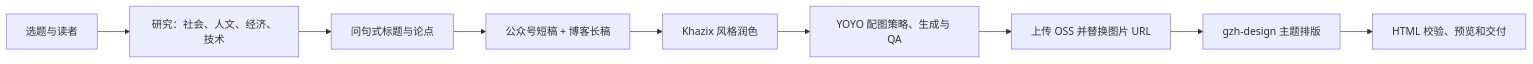
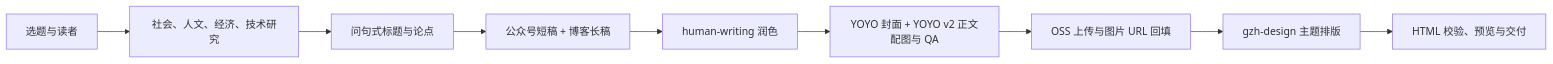
Before and after one commit to jackyoung022/yoyo-gzh-workflow: the diagram in README.md, drawn with Mermaid. The commit also changed other lines of this file and 28 other files, not shown here.

````diff
--- a/README.md
+++ b/README.md
@@ -19,11 +31,11 @@
 ```mermaid
 flowchart LR
-  A[选题与读者] --> B[研究：社会、人文、经济、技术]
+  A[选题与读者] --> B[社会、人文、经济、技术研究]
   B --> C[问句式标题与论点]
   C --> D[公众号短稿 + 博客长稿]
-  D --> E[Khazix 风格润色]
-  E --> F[YOYO 配图策略、生成与 QA]
-  F --> G[上传 OSS 并替换图片 URL]
+  D --> E[human-writing 润色]
+  E --> F[YOYO 封面 + YOYO v2 正文配图与 QA]
+  F --> G[OSS 上传与图片 URL 回填]
   G --> H[gzh-design 主题排版]
-  H --> I[HTML 校验、预览和交付]
+  H --> I[HTML 校验、预览与交付]
 ```
````
